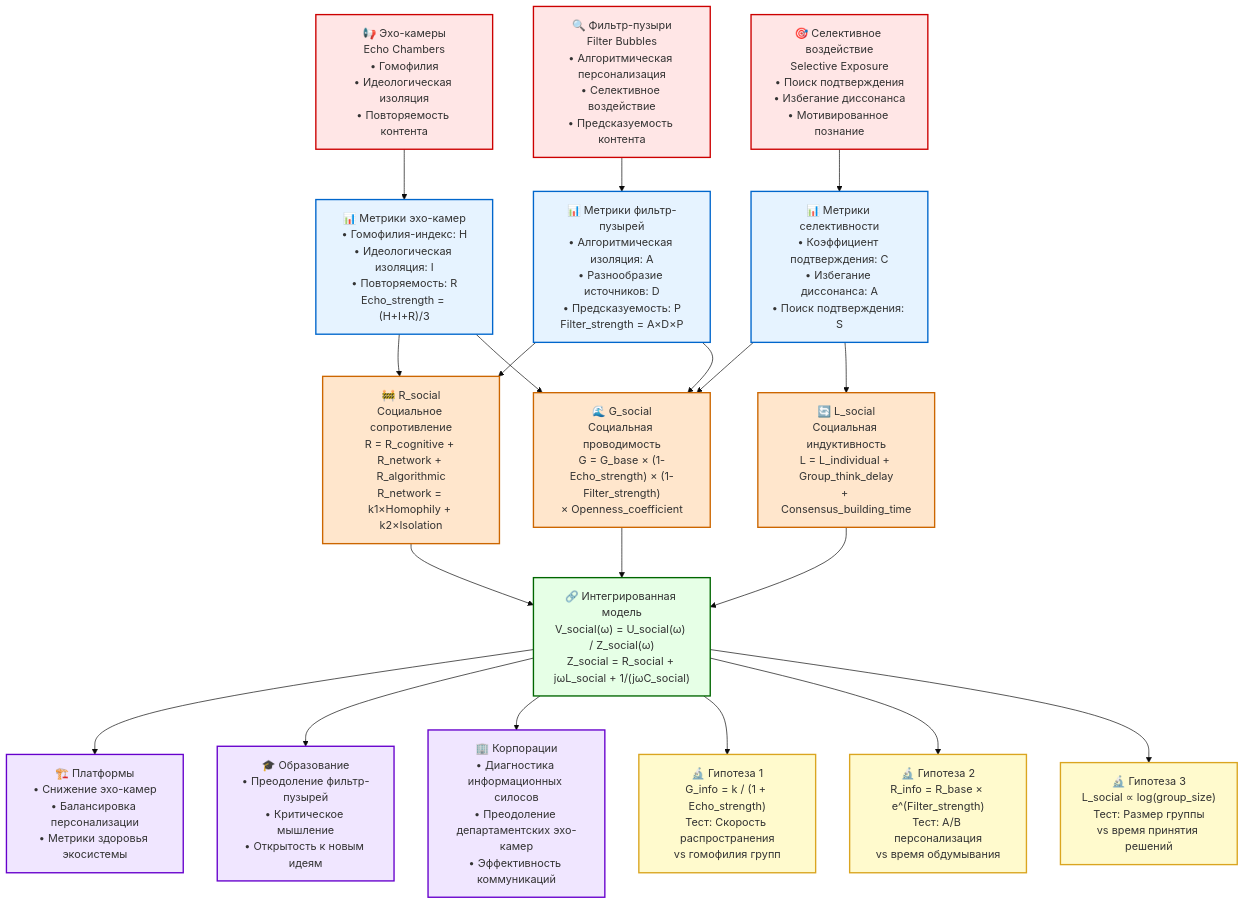
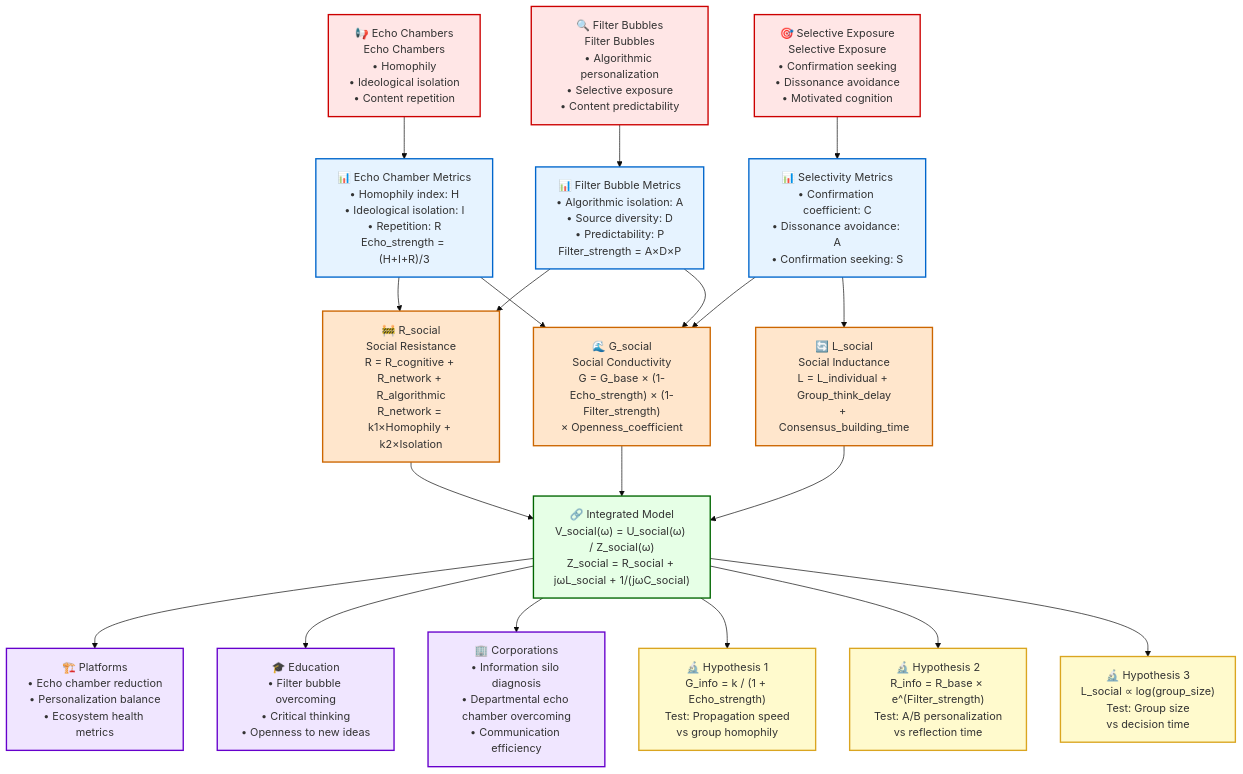
One commit to eaprelsky/infodynamics changed the diagram in diagrams/03_social_networks.md. Above: the diagram before and after it, drawn with Mermaid (base theme). The commit also changed other lines of this file and 75 other files, not shown here.

````diff
--- a/diagrams/03_social_networks.md
+++ b/diagrams/03_social_networks.md
@@ -8,82 +8,82 @@
 ```mermaid
 graph TD
-    %% Социальные феномены
-    ECHO["📢 Эхо-камеры<br/>Echo Chambers<br/>• Гомофилия<br/>• Идеологическая изоляция<br/>• Повторяемость контента"]
+    %% Social phenomena
+    ECHO["📢 Echo Chambers<br/>Echo Chambers<br/>• Homophily<br/>• Ideological isolation<br/>• Content repetition"]
     
-    FILTER["🔍 Фильтр-пузыри<br/>Filter Bubbles<br/>• Алгоритмическая персонализация<br/>• Селективное воздействие<br/>• Предсказуемость контента"]
+    FILTER["🔍 Filter Bubbles<br/>Filter Bubbles<br/>• Algorithmic personalization<br/>• Selective exposure<br/>• Content predictability"]
     
-    SELECTIVE["🎯 Селективное воздействие<br/>Selective Exposure<br/>• Поиск подтверждения<br/>• Избегание диссонанса<br/>• Мотивированное познание"]
+    SELECTIVE["🎯 Selective Exposure<br/>Selective Exposure<br/>• Confirmation seeking<br/>• Dissonance avoidance<br/>• Motivated cognition"]
     
-    %% Метрики
-    H_INDEX["📊 Метрики эхо-камер<br/>• Гомофилия-индекс: H<br/>• Идеологическая изоляция: I<br/>• Повторяемость: R<br/>Echo_strength = (H+I+R)/3"]
+    %% Metrics
+    H_INDEX["📊 Echo Chamber Metrics<br/>• Homophily index: H<br/>• Ideological isolation: I<br/>• Repetition: R<br/>Echo_strength = (H+I+R)/3"]
     
-    F_INDEX["📊 Метрики фильтр-пузырей<br/>• Алгоритмическая изоляция: A<br/>• Разнообразие источников: D<br/>• Предсказуемость: P<br/>Filter_strength = A×D×P"]
+    F_INDEX["📊 Filter Bubble Metrics<br/>• Algorithmic isolation: A<br/>• Source diversity: D<br/>• Predictability: P<br/>Filter_strength = A×D×P"]
     
-    S_INDEX["📊 Метрики селективности<br/>• Коэффициент подтверждения: C<br/>• Избегание диссонанса: A<br/>• Поиск подтверждения: S"]
+    S_INDEX["📊 Selectivity Metrics<br/>• Confirmation coefficient: C<br/>• Dissonance avoidance: A<br/>• Confirmation seeking: S"]
     
-    %% Связи феноменов с метриками
+    %% Phenomena to metrics connections
     ECHO --> H_INDEX
     FILTER --> F_INDEX
     SELECTIVE --> S_INDEX
     
-    %% Information Dynamics компоненты
-    G_SOCIAL["🌊 G_social<br/>Социальная проводимость<br/>G = G_base × (1-Echo_strength) × (1-Filter_strength)<br/>× Openness_coefficient"]
+    %% Information Dynamics components
+    G_SOCIAL["🌊 G_social<br/>Social Conductivity<br/>G = G_base × (1-Echo_strength) × (1-Filter_strength)<br/>× Openness_coefficient"]
     
-    R_SOCIAL["🚧 R_social<br/>Социальное сопротивление<br/>R = R_cognitive + R_network + R_algorithmic<br/>R_network = k1×Homophily + k2×Isolation"]
+    R_SOCIAL["🚧 R_social<br/>Social Resistance<br/>R = R_cognitive + R_network + R_algorithmic<br/>R_network = k1×Homophily + k2×Isolation"]
     
-    L_SOCIAL["🔄 L_social<br/>Социальная индуктивность<br/>L = L_individual + Group_think_delay<br/>+ Consensus_building_time"]
+    L_SOCIAL["🔄 L_social<br/>Social Inductance<br/>L = L_individual + Group_think_delay<br/>+ Consensus_building_time"]
     
-    %% Связи метрик с компонентами
+    %% Metrics to components connections
     H_INDEX --> R_SOCIAL
     H_INDEX --> G_SOCIAL
     
     F_INDEX --> R_SOCIAL
     F_INDEX --> G_SOCIAL
     
     S_INDEX --> G_SOCIAL
     S_INDEX --> L_SOCIAL
     
-    %% Интегрированная модель
-    SOCIAL_MODEL["🔗 Интегрированная модель<br/>V_social(ω) = U_social(ω) / Z_social(ω)<br/>Z_social = R_social + jωL_social + 1/(jωC_social)"]
+    %% Integrated model
+    SOCIAL_MODEL["🔗 Integrated Model<br/>V_social(ω) = U_social(ω) / Z_social(ω)<br/>Z_social = R_social + jωL_social + 1/(jωC_social)"]
     
     G_SOCIAL --> SOCIAL_MODEL
     R_SOCIAL --> SOCIAL_MODEL
     L_SOCIAL --> SOCIAL_MODEL
     
-    %% Практические применения
-    PLATFORM["🏗️ Платформы<br/>• Снижение эхо-камер<br/>• Балансировка персонализации<br/>• Метрики здоровья экосистемы"]
+    %% Practical applications
+    PLATFORM["🏗️ Platforms<br/>• Echo chamber reduction<br/>• Personalization balance<br/>• Ecosystem health metrics"]
     
-    EDUCATION["🎓 Образование<br/>• Преодоление фильтр-пузырей<br/>• Критическое мышление<br/>• Открытость к новым идеям"]
+    EDUCATION["🎓 Education<br/>• Filter bubble overcoming<br/>• Critical thinking<br/>• Openness to new ideas"]
     
-    CORPORATE["🏢 Корпорации<br/>• Диагностика информационных силосов<br/>• Преодоление департаментских эхо-камер<br/>• Эффективность коммуникаций"]
+    CORPORATE["🏢 Corporations<br/>• Information silo diagnosis<br/>• Departmental echo chamber overcoming<br/>• Communication efficiency"]
     
     SOCIAL_MODEL --> PLATFORM
     SOCIAL_MODEL --> EDUCATION
     SOCIAL_MODEL --> CORPORATE
     
-    %% Экспериментальные предсказания
-    EXP1["🔬 Гипотеза 1<br/>G_info = k / (1 + Echo_strength)<br/>Тест: Скорость распространения<br/>vs гомофилия групп"]
+    %% Experimental predictions
+    EXP1["🔬 Hypothesis 1<br/>G_info = k / (1 + Echo_strength)<br/>Test: Propagation speed<br/>vs group homophily"]
     
-    EXP2["🔬 Гипотеза 2<br/>R_info = R_base × e^(Filter_strength)<br/>Тест: A/B персонализация<br/>vs время обдумывания"]
+    EXP2["🔬 Hypothesis 2<br/>R_info = R_base × e^(Filter_strength)<br/>Test: A/B personalization<br/>vs reflection time"]
     
-    EXP3["🔬 Гипотеза 3<br/>L_social ∝ log(group_size)<br/>Тест: Размер группы<br/>vs время принятия решений"]
+    EXP3["🔬 Hypothesis 3<br/>L_social ∝ log(group_size)<br/>Test: Group size<br/>vs decision time"]
     
     SOCIAL_MODEL --> EXP1
     SOCIAL_MODEL --> EXP2
     SOCIAL_MODEL --> EXP3
     
-    %% Стили
+    %% Styles
     classDef phenomenon fill:#FFE6E6,stroke:#CC0000,stroke-width:2px
     classDef metrics fill:#E6F3FF,stroke:#0066CC,stroke-width:2px
     classDef component fill:#FFE6CC,stroke:#CC6600,stroke-width:2px
     classDef integration fill:#E6FFE6,stroke:#006600,stroke-width:2px
     classDef application fill:#F0E6FF,stroke:#6600CC,stroke-width:2px
     classDef experiment fill:#FFFACD,stroke:#DAA520,stroke-width:2px
     
     class ECHO,FILTER,SELECTIVE phenomenon
     class H_INDEX,F_INDEX,S_INDEX metrics
     class G_SOCIAL,R_SOCIAL,L_SOCIAL component
     class SOCIAL_MODEL integration
     class PLATFORM,EDUCATION,CORPORATE application
     class EXP1,EXP2,EXP3 experiment
 ```
````
